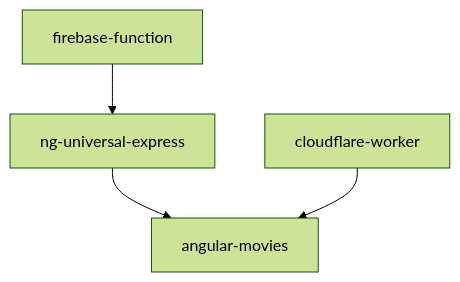
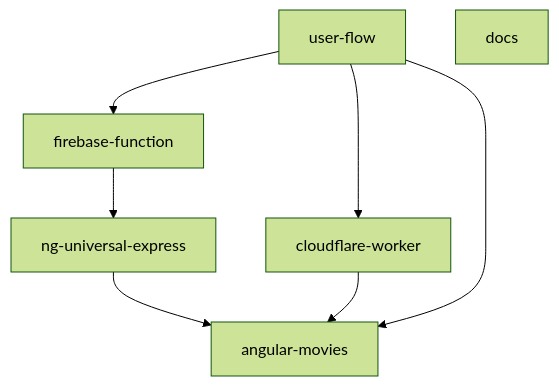
The second of 2 diagrams in CONTRIBUTING.md (tastejs/angular-movies), drawn with Mermaid (forest theme) before and after one commit.

````diff
--- a/CONTRIBUTING.md
+++ b/CONTRIBUTING.md
@@ -26,6 +26,10 @@
 ```mermaid
 graph TD;
     ng-universal-express-->angular-movies;
     firebase-function-->ng-universal-express;
     cloudflare-worker-->angular-movies;
+    user-flow-->angular-movies;
+    user-flow-->firebase-function;
+    user-flow-->cloudflare-worker;
+    docs
 ```
````
